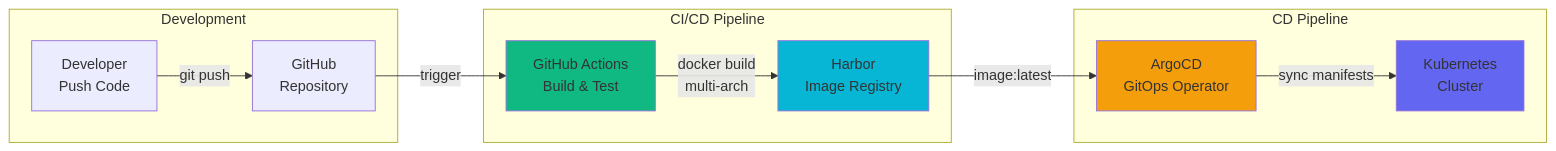
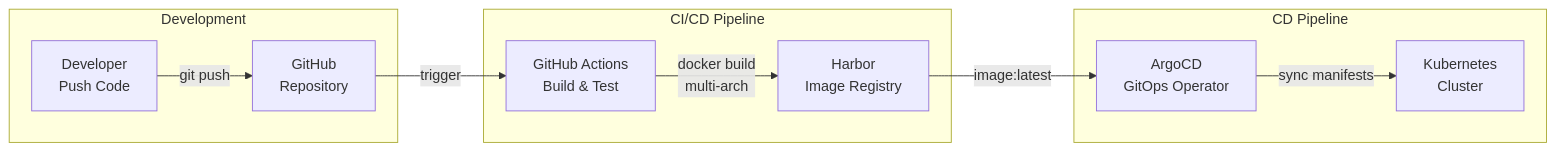
Before and after one commit to goalixa/goalixa.github.io: the third of 4 diagrams in pages/architecture.mdx, drawn with Mermaid. The commit also changed other lines of this file and 8 other files, not shown here.

````diff
--- a/pages/architecture.mdx
+++ b/pages/architecture.mdx
@@ -203,28 +164,23 @@
 ```mermaid
 graph LR
     subgraph "Development"
         Dev[Developer<br/>Push Code]
         GitHub[GitHub<br/>Repository]
     end
 
     subgraph "CI/CD Pipeline"
         Actions[GitHub Actions<br/>Build & Test]
         Harbor[Harbor<br/>Image Registry]
     end
 
     subgraph "CD Pipeline"
         ArgoCD[ArgoCD<br/>GitOps Operator]
         K8s[Kubernetes<br/>Cluster]
     end
 
     Dev -->|git push| GitHub
     GitHub -->|trigger| Actions
     Actions -->|docker build<br/>multi-arch| Harbor
     Harbor -->|image:latest| ArgoCD
     ArgoCD -->|sync manifests| K8s
-
-    style Actions fill:#10b981
-    style Harbor fill:#06b6d4
-    style ArgoCD fill:#f59e0b
-    style K8s fill:#6366f1
 ```
````
